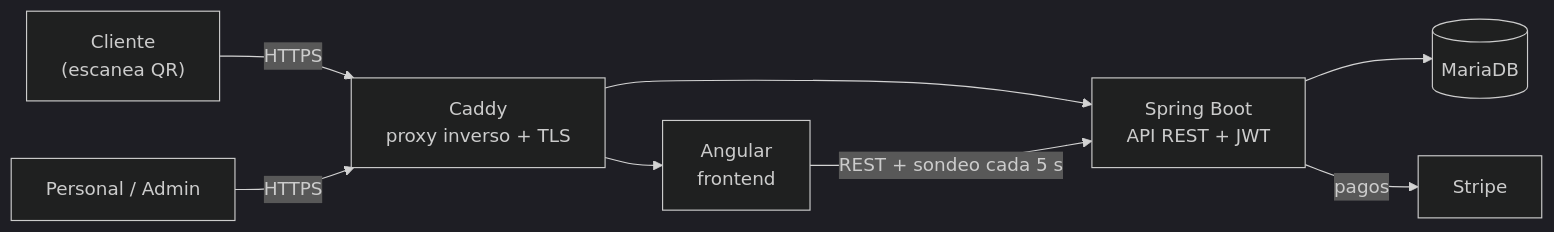
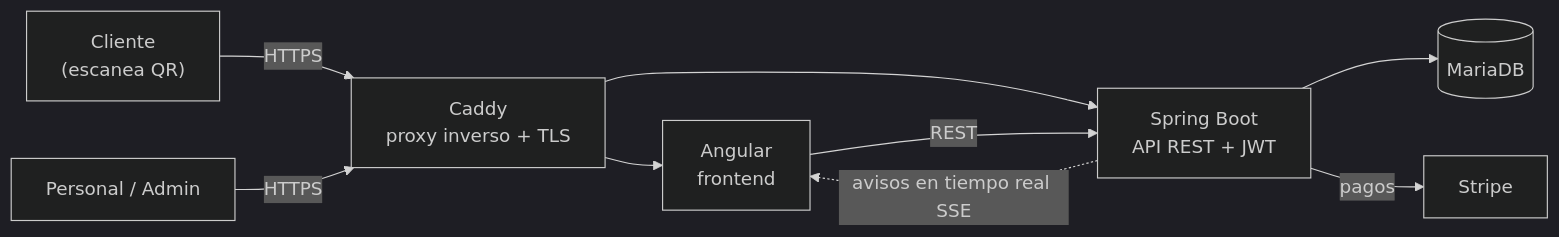
Before and after one commit to juanparejog/BarHub2.0: the first of 2 diagrams in README.md, drawn with Mermaid (dark theme). The commit also changed other lines of this file and 39 other files, not shown here.

Commit message:
2.1: tiempo real, aviso sonoro e imprimir comanda

````diff
--- a/README.md
+++ b/README.md
@@ -94,10 +95,11 @@
 ```mermaid
 flowchart LR
     C["Cliente<br/>(escanea QR)"] -->|HTTPS| P["Caddy<br/>proxy inverso + TLS"]
     S["Personal / Admin"] -->|HTTPS| P
     P --> F["Angular<br/>frontend"]
     P --> B["Spring Boot<br/>API REST + JWT"]
-    F -->|REST + sondeo cada 5 s| B
+    F -->|REST| B
+    B -.->|avisos en tiempo real SSE| F
     B --> D[("MariaDB")]
     B -->|pagos| T["Stripe"]
 ```
````
